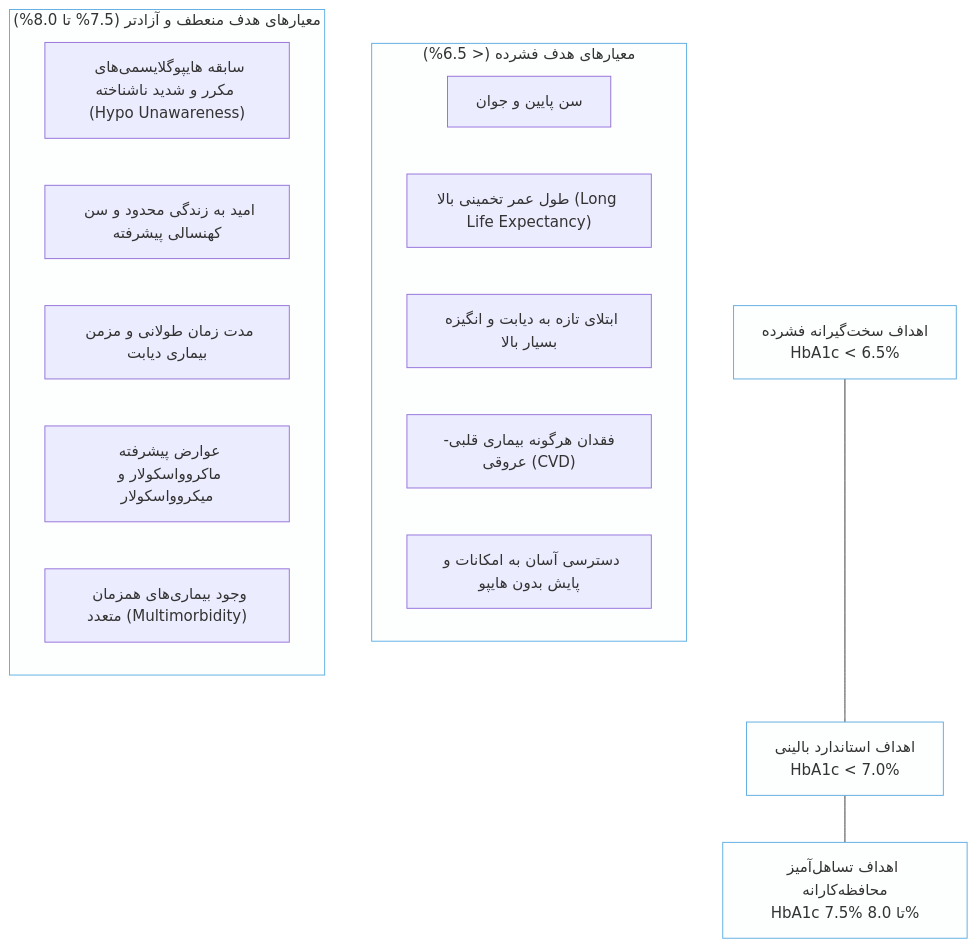
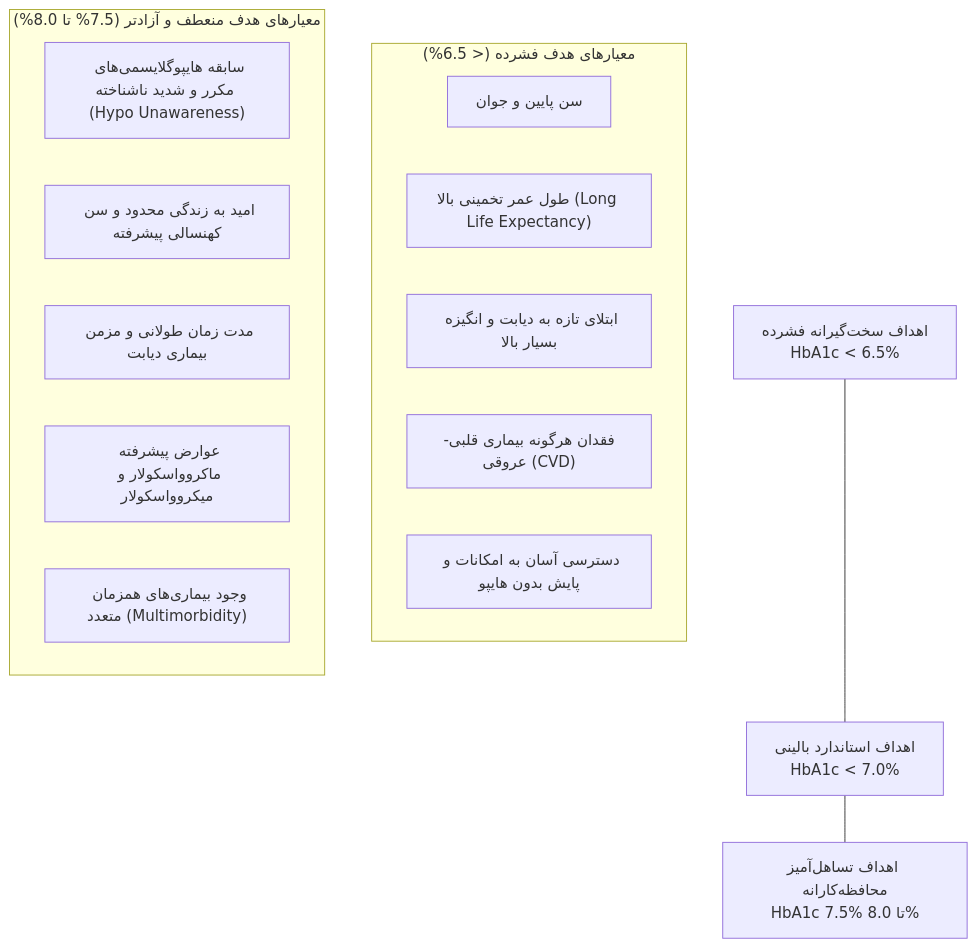
Diagram 15 of 15 in 7/مبانی غدد/دیابت.md (neopulse-hub/TUMS-1396-1-material-notes), drawn with Mermaid before and after one commit. The commit also changed other lines of this file, not shown here.

````diff
--- a/7/مبانی غدد/دیابت.md
+++ b/7/مبانی غدد/دیابت.md
@@ -698,23 +676,21 @@
 ```mermaid
 flowchart TD
     Strict["اهداف سخت‌گیرانه فشرده<br>HbA1c < 6.5%"] --- Flex["اهداف استاندارد بالینی<br>HbA1c < 7.0%"] --- Loose["اهداف تساهل‌آمیز محافظه‌کارانه<br>HbA1c 7.5% تا 8.0%"]
 
     subgraph StrictCrit["معیارهای هدف فشرده (< 6.5%)"]
         S1["سن پایین و جوان"]
         S2["طول عمر تخمینی بالا (Long Life Expectancy)"]
         S3["ابتلای تازه به دیابت و انگیزه بسیار بالا"]
         S4["فقدان هرگونه بیماری قلبی-عروقی (CVD)"]
         S5["دسترسی آسان به امکانات و پایش بدون هایپو"]
     end
 
     subgraph LooseCrit["معیارهای هدف منعطف و آزادتر (7.5% تا 8.0%)"]
         L1["سابقه هایپوگلایسمی‌های مکرر و شدید ناشناخته (Hypo Unawareness)"]
         L2["امید به زندگی محدود و سن کهنسالی پیشرفته"]
         L3["مدت زمان طولانی و مزمن بیماری دیابت"]
         L4["عوارض پیشرفته ماکروواسکولار و میکروواسکولار"]
         L5["وجود بیماری‌های همزمان متعدد (Multimorbidity)"]
     end
 
-    classDef tgt fill:#fdfefe,stroke:#5dade2,stroke-width:1px;
-    class Strict,Flex,Loose,StrictCrit,LooseCrit tgt;
 ```
````
